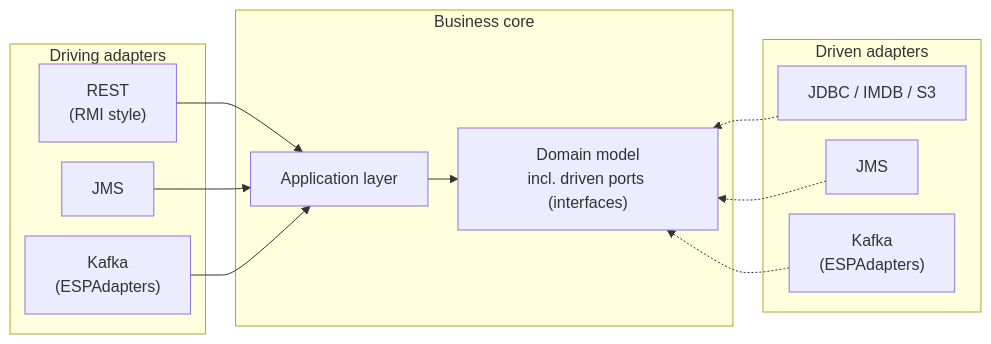
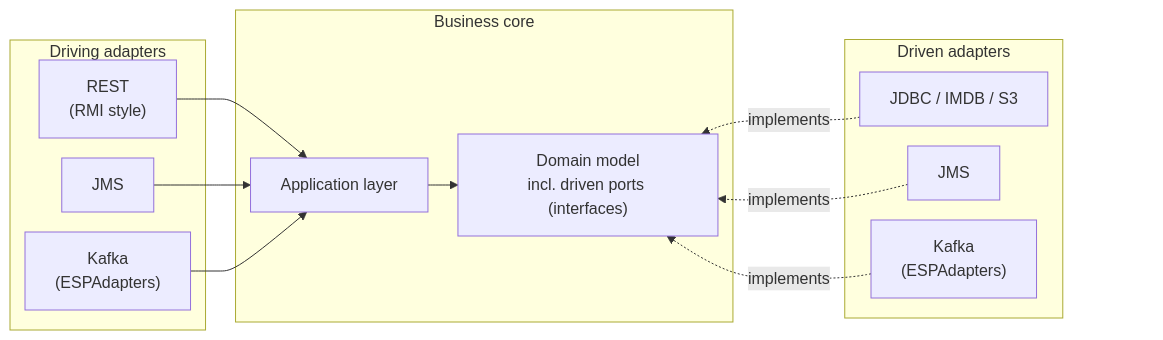
One commit to jexxa-projects/Jexxa changed the diagram in README.md. Above: the diagram before and after it, drawn with Mermaid.

Commit message:
Chore(docu) cleanup Mermaid diagram

````diff
--- a/README.md
+++ b/README.md
@@ -113,36 +113,42 @@
 ```mermaid
 %%{init: {'flowchart': {'rankSpacing': 30, 'nodeSpacing': 20}}}%%
 flowchart LR
     subgraph Driving["Driving adapters"]
         REST["REST \n(RMI style)"]
         JMS_IN["JMS"]
         KAFKA_IN["Kafka \n(ESPAdapters)"]
     end
 
     subgraph Core["Business core"]
         APP["Application layer"]
         DOMAIN["Domain model<br/>incl. driven ports (interfaces)"]
         APP --> DOMAIN
     end
 
     subgraph Driven["Driven adapters"]
         JDBC["JDBC / IMDB / S3"]
         JMS["JMS "]
         KAFKA["Kafka \n(ESPAdapters)"]
     end
 
     REST --> APP
     JMS_IN --> APP
     KAFKA_IN --> APP
 
 %% Unsichtbare Linien halten die "Driven"-Boxen rechts fest:
     DOMAIN ~~~ JDBC
     DOMAIN ~~~ JMS
     DOMAIN ~~~ KAFKA
 
 %% Die Pfeile werden von rechts nach links geschrieben, zeigen also nach links zum Core:
-    JDBC -.->  DOMAIN
-    JMS -.->  DOMAIN
-    KAFKA -.-> DOMAIN
+    JDBC -.-> |implements| DOMAIN
+    JMS -.-> |implements| DOMAIN
+    KAFKA -.-> |implements| DOMAIN
+
+%% --- UNSICHTBARER PUFFER FÜR GITHUB ---
+    SPACER[" "]
+KAFKA ~~~ SPACER
+style SPACER fill:none,stroke:none,color:none
+
 
 ```
````
